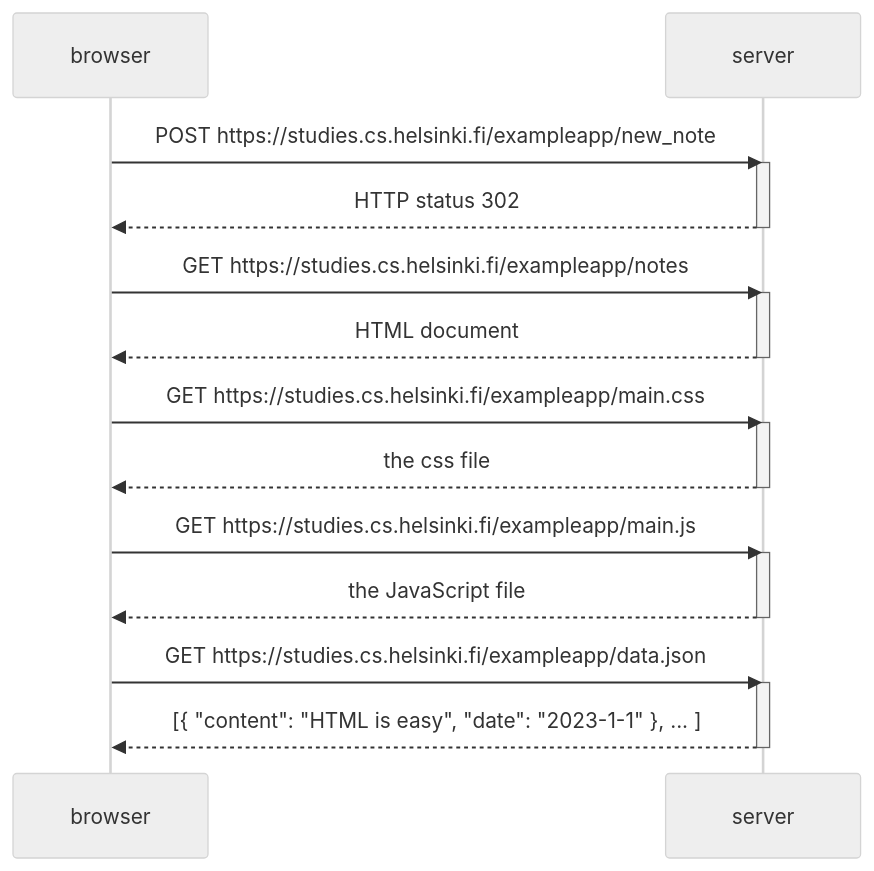
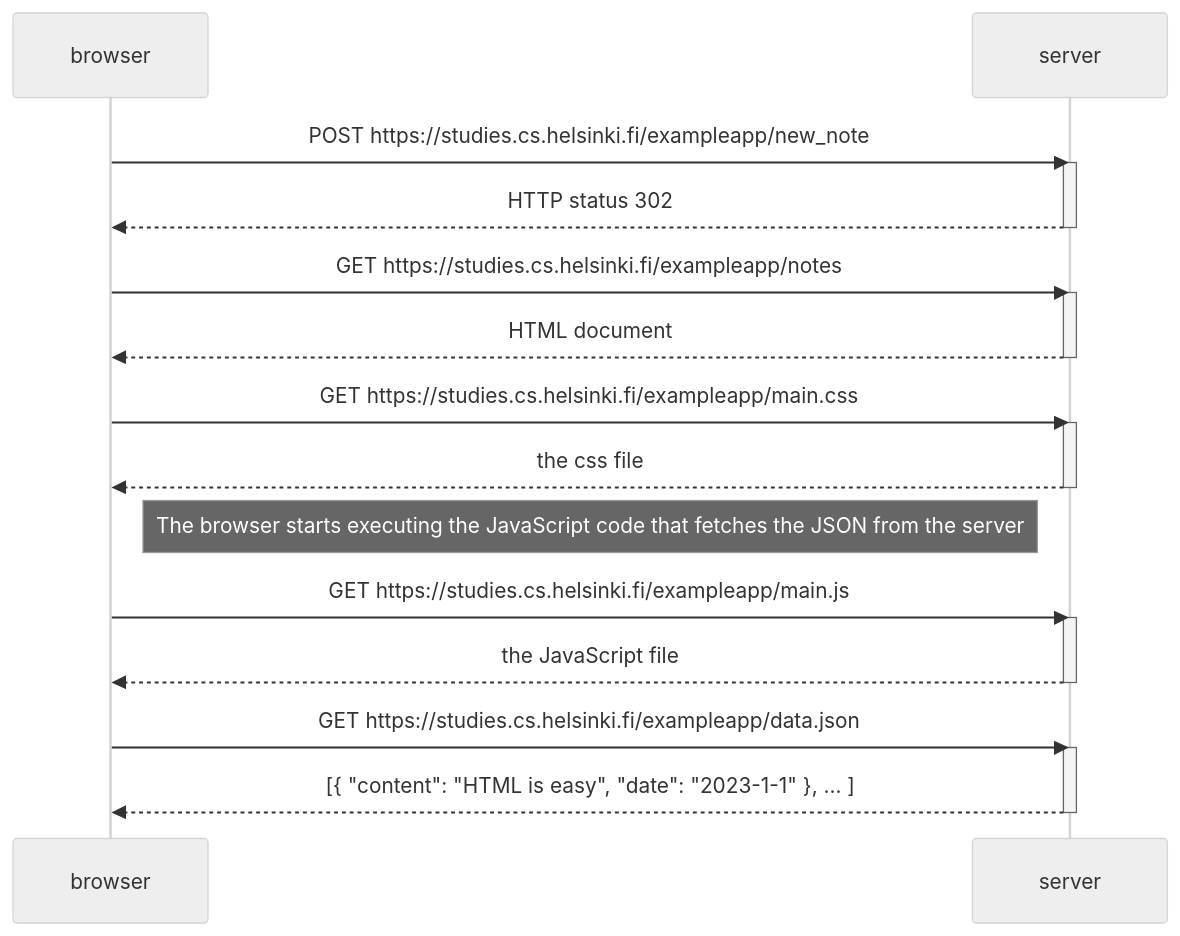
The diagram in part0/0.4.md (arvidkullhammar/Fullstack-Open), drawn with Mermaid (neutral theme) before and after one commit.

````diff
--- a/part0/0.4.md
+++ b/part0/0.4.md
@@ -1,31 +1,33 @@
 ```mermaid
 sequenceDiagram
     participant browser
     participant server
 
     browser->>server: POST https://studies.cs.helsinki.fi/exampleapp/new_note
     activate server
     server-->>browser: HTTP status 302
     deactivate server
 
     browser->>server: GET https://studies.cs.helsinki.fi/exampleapp/notes
     activate server
     server-->>browser: HTML document
     deactivate server
 
     browser->>server: GET https://studies.cs.helsinki.fi/exampleapp/main.css
     activate server
     server-->>browser: the css file
     deactivate server
 
+Note right of browser: The browser starts executing the JavaScript code that fetches the JSON from the server
+
     browser->>server: GET https://studies.cs.helsinki.fi/exampleapp/main.js
     activate server
     server-->>browser: the JavaScript file
     deactivate server
 
 
     browser->>server: GET https://studies.cs.helsinki.fi/exampleapp/data.json
     activate server
     server-->>browser: [{ "content": "HTML is easy", "date": "2023-1-1" }, ... ]
     deactivate server
 ```
````
